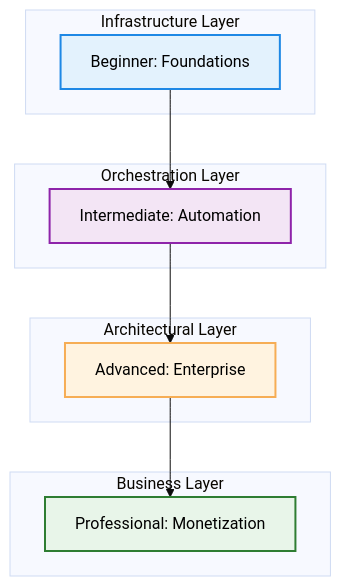
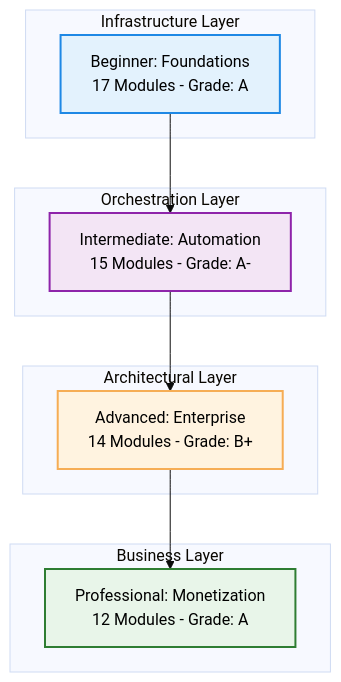
One commit to Ganil151/Devops changed the diagram in README.md. Above: the diagram before and after it, drawn with Mermaid (base theme). The commit also changed other lines of this file and 1159 other files, not shown here.

````diff
--- a/README.md
+++ b/README.md
@@ -26,28 +38,28 @@
 ```mermaid
 graph TD
     classDef default color:#000;
-    B[Beginner: Foundations] --> I[Intermediate: Automation]
-    I --> A[Advanced: Enterprise]
-    A --> P[Professional: Monetization]
+    B[Beginner: Foundations<br/>17 Modules - Grade: A] --> I[Intermediate: Automation<br/>15 Modules - Grade: A-]
+    I --> A[Advanced: Enterprise<br/>14 Modules - Grade: B+]
+    A --> P[Professional: Monetization<br/>12 Modules - Grade: A]
     
     subgraph "Infrastructure Layer"
     B
     end
     
     subgraph "Orchestration Layer"
     I
     end
     
     subgraph "Architectural Layer"
     A
     end
     
     subgraph "Business Layer"
     P
     end
 
     style B fill:#e3f2fd,stroke:#1e88e5,stroke-width:2px,color:#000
     style I fill:#f3e5f5,stroke:#8e24aa,stroke-width:2px,color:#000
     style A fill:#fff3e0,stroke:#f6ad55,stroke-width:2px,color:#000
     style P fill:#e8f5e9,stroke:#2e7d32,stroke-width:2px,color:#000
 ```
````
